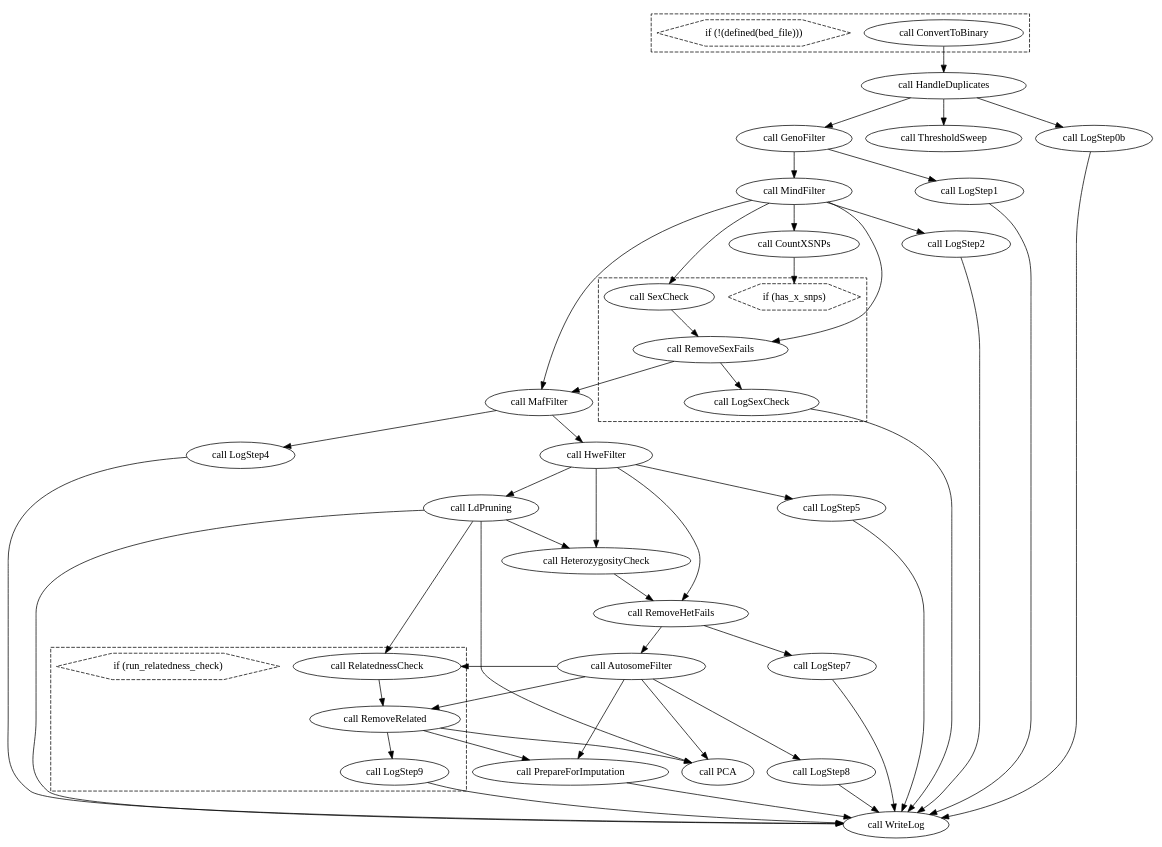
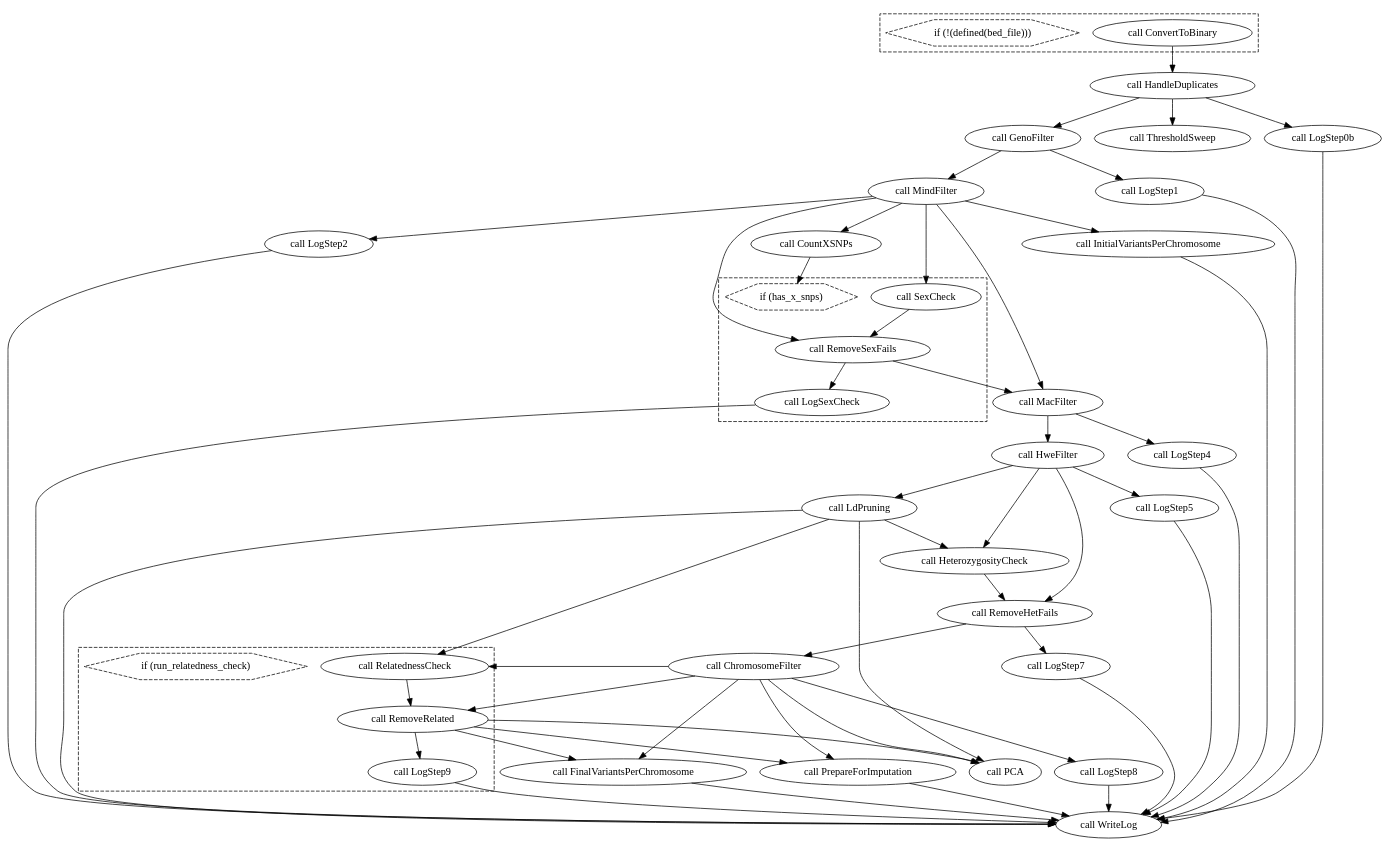
One commit to gwotto/genotype_qc_pipeline changed the diagram in doc/genotype_qc_preimputation.dot. Above: the diagram before and after it, drawn with Graphviz. The commit also changed 8 other files, not shown here.

```diff
--- a/doc/genotype_qc_preimputation.dot
+++ b/doc/genotype_qc_preimputation.dot
@@ -1,98 +1,105 @@
 digraph genotype_qc_preimputation {
   #rankdir=LR;
   compound=true;
 
   # Links
-  CALL_RemoveRelated -> CALL_PrepareForImputation
-  CALL_LdPruning -> CALL_RelatednessCheck
+  CALL_HeterozygosityCheck -> CALL_RemoveHetFails
   CALL_HandleDuplicates -> CALL_LogStep0b
   CALL_LogStep7 -> CALL_WriteLog
-  CALL_AutosomeFilter -> CALL_RelatednessCheck
   CALL_LogSexCheck -> CALL_WriteLog
+  CALL_RemoveSexFails -> CALL_MacFilter
   CALL_HandleDuplicates -> CALL_ThresholdSweep
   CALL_LdPruning -> CALL_HeterozygosityCheck
   CALL_RemoveSexFails -> CALL_LogSexCheck
-  CALL_GenoFilter -> CALL_LogStep1
+  CALL_LdPruning -> CALL_WriteLog
   CALL_HweFilter -> CALL_LogStep5
   CALL_LogStep9 -> CALL_WriteLog
+  CALL_LogStep0b -> CALL_WriteLog
   CALL_LogStep4 -> CALL_WriteLog
   CALL_HweFilter -> CALL_RemoveHetFails
   CALL_MindFilter -> CALL_SexCheck
+  CALL_RemoveHetFails -> CALL_ChromosomeFilter
+  CALL_RemoveRelated -> CALL_PrepareForImputation
   CALL_MindFilter -> CALL_CountXSNPs
+  CALL_MacFilter -> CALL_HweFilter
   CALL_LdPruning -> CALL_PCA
+  CALL_LdPruning -> CALL_RelatednessCheck
+  CALL_CountXSNPs -> CONDITIONAL_1_EXPRESSION
   CALL_LogStep8 -> CALL_WriteLog
   CALL_LogStep1 -> CALL_WriteLog
   CALL_RemoveRelated -> CALL_PCA
   CALL_MindFilter -> CALL_RemoveSexFails
   CALL_LogStep5 -> CALL_WriteLog
-  CALL_RemoveHetFails -> CALL_AutosomeFilter
-  CALL_CountXSNPs -> CONDITIONAL_2_EXPRESSION
-  CALL_HeterozygosityCheck -> CALL_RemoveHetFails
-  CALL_RemoveSexFails -> CALL_MafFilter
+  CALL_ChromosomeFilter -> CALL_FinalVariantsPerChromosome
+  CALL_MindFilter -> CALL_InitialVariantsPerChromosome
+  CALL_ChromosomeFilter -> CALL_PCA
   CALL_ConvertToBinary -> CALL_HandleDuplicates
   CALL_HandleDuplicates -> CALL_GenoFilter
+  CALL_MacFilter -> CALL_LogStep4
   CALL_MindFilter -> CALL_LogStep2
+  CALL_ChromosomeFilter -> CALL_LogStep8
+  CALL_ChromosomeFilter -> CALL_PrepareForImputation
+  CALL_ChromosomeFilter -> CALL_RemoveRelated
+  CALL_MindFilter -> CALL_MacFilter
   CALL_HweFilter -> CALL_LdPruning
   CALL_RelatednessCheck -> CALL_RemoveRelated
   CALL_GenoFilter -> CALL_MindFilter
-  CALL_AutosomeFilter -> CALL_RemoveRelated
-  CALL_MafFilter -> CALL_HweFilter
+  CALL_InitialVariantsPerChromosome -> CALL_WriteLog
+  CALL_FinalVariantsPerChromosome -> CALL_WriteLog
   CALL_HweFilter -> CALL_HeterozygosityCheck
-  CALL_AutosomeFilter -> CALL_PrepareForImputation
   CALL_SexCheck -> CALL_RemoveSexFails
-  CALL_AutosomeFilter -> CALL_PCA
+  CALL_RemoveRelated -> CALL_FinalVariantsPerChromosome
   CALL_RemoveRelated -> CALL_LogStep9
+  CALL_GenoFilter -> CALL_LogStep1
+  CALL_ChromosomeFilter -> CALL_RelatednessCheck
   CALL_PrepareForImputation -> CALL_WriteLog
   CALL_RemoveHetFails -> CALL_LogStep7
   CALL_LogStep2 -> CALL_WriteLog
-  CALL_MafFilter -> CALL_LogStep4
-  CALL_LdPruning -> CALL_WriteLog
-  CALL_LogStep0b -> CALL_WriteLog
-  CALL_AutosomeFilter -> CALL_LogStep8
-  CALL_MindFilter -> CALL_MafFilter
 
   # Nodes
   subgraph cluster_0 {
     style="filled,dashed";
     fillcolor=white;
     CALL_RelatednessCheck [label="call RelatednessCheck"]
     CALL_RemoveRelated [label="call RemoveRelated"]
     CALL_LogStep9 [label="call LogStep9"]
     CONDITIONAL_0_EXPRESSION [shape="hexagon" label="if (run_relatedness_check)" style="dashed" ]
   }
+  CALL_WriteLog [label="call WriteLog"]
   subgraph cluster_2 {
+    style="filled,dashed";
+    fillcolor=white;
+    CALL_ConvertToBinary [label="call ConvertToBinary"]
+    CONDITIONAL_2_EXPRESSION [shape="hexagon" label="if (!(defined(bed_file)))" style="dashed" ]
+  }
+  subgraph cluster_1 {
     style="filled,dashed";
     fillcolor=white;
     CALL_LogSexCheck [label="call LogSexCheck"]
     CALL_SexCheck [label="call SexCheck"]
     CALL_RemoveSexFails [label="call RemoveSexFails"]
-    CONDITIONAL_2_EXPRESSION [shape="hexagon" label="if (has_x_snps)" style="dashed" ]
-  }
-  CALL_WriteLog [label="call WriteLog"]
-  subgraph cluster_1 {
-    style="filled,dashed";
-    fillcolor=white;
-    CALL_ConvertToBinary [label="call ConvertToBinary"]
-    CONDITIONAL_1_EXPRESSION [shape="hexagon" label="if (!(defined(bed_file)))" style="dashed" ]
+    CONDITIONAL_1_EXPRESSION [shape="hexagon" label="if (has_x_snps)" style="dashed" ]
   }
   CALL_LdPruning [label="call LdPruning"]
-  CALL_AutosomeFilter [label="call AutosomeFilter"]
   CALL_MindFilter [label="call MindFilter"]
   CALL_LogStep5 [label="call LogStep5"]
+  CALL_FinalVariantsPerChromosome [label="call FinalVariantsPerChromosome"]
   CALL_RemoveHetFails [label="call RemoveHetFails"]
-  CALL_GenoFilter [label="call GenoFilter"]
   CALL_PCA [label="call PCA"]
   CALL_LogStep2 [label="call LogStep2"]
-  CALL_MafFilter [label="call MafFilter"]
   CALL_CountXSNPs [label="call CountXSNPs"]
   CALL_LogStep0b [label="call LogStep0b"]
   CALL_ThresholdSweep [label="call ThresholdSweep"]
   CALL_LogStep7 [label="call LogStep7"]
   CALL_LogStep4 [label="call LogStep4"]
   CALL_HeterozygosityCheck [label="call HeterozygosityCheck"]
   CALL_LogStep1 [label="call LogStep1"]
   CALL_LogStep8 [label="call LogStep8"]
+  CALL_MacFilter [label="call MacFilter"]
   CALL_HandleDuplicates [label="call HandleDuplicates"]
+  CALL_InitialVariantsPerChromosome [label="call InitialVariantsPerChromosome"]
+  CALL_GenoFilter [label="call GenoFilter"]
+  CALL_ChromosomeFilter [label="call ChromosomeFilter"]
   CALL_PrepareForImputation [label="call PrepareForImputation"]
   CALL_HweFilter [label="call HweFilter"]
 }
```
